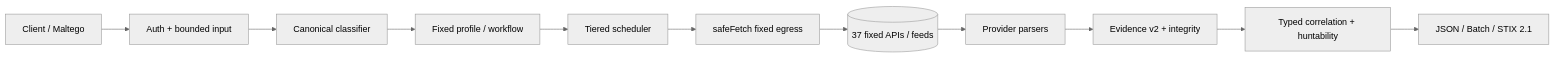
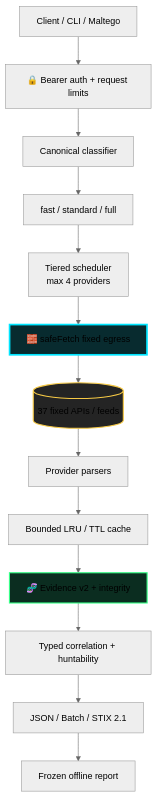
Before and after one commit to ger1e/cti-enrichment-gateway: the first of 4 diagrams in README.md, drawn with Mermaid (neutral theme). The commit also changed other lines of this file, not shown here.

First line of the commit message:
Max out repository README (#71)

````diff
--- a/README.md
+++ b/README.md
@@ -14,13 +51,19 @@
 ```mermaid
-flowchart LR
-    A[Client / Maltego] --> B[Auth + bounded input]
+flowchart TB
+    A[Client / CLI / Maltego] --> B[🔒 Bearer auth + request limits]
     B --> C[Canonical classifier]
-    C --> D[Fixed profile / workflow]
-    D --> E[Tiered scheduler]
-    E --> F[safeFetch fixed egress]
+    C --> D[fast / standard / full]
+    D --> E[Tiered scheduler<br/>max 4 providers]
+    E --> F[🧱 safeFetch fixed egress]
     F --> P[(37 fixed APIs / feeds)]
     P --> G[Provider parsers]
-    G --> H[Evidence v2 + integrity]
-    H --> I[Typed correlation + huntability]
-    I --> J[JSON / Batch / STIX 2.1]
+    G --> H[Bounded LRU / TTL cache]
+    H --> I[🧬 Evidence v2 + integrity]
+    I --> J[Typed correlation + huntability]
+    J --> K[JSON / Batch / STIX 2.1]
+    K --> L[Frozen offline report]
+
+    style F fill:#082b2f,stroke:#00e5ff,stroke-width:3px
+    style I fill:#0b2d20,stroke:#39ff88,stroke-width:2px
+    style P fill:#242424,stroke:#f6c945,stroke-width:2px
 ```
````
